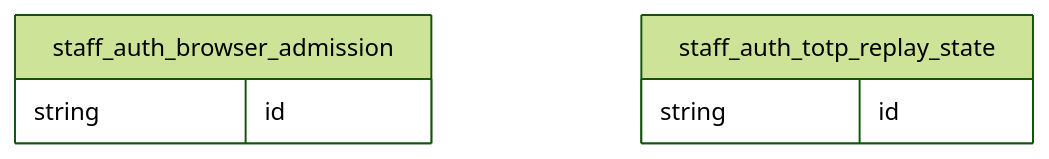
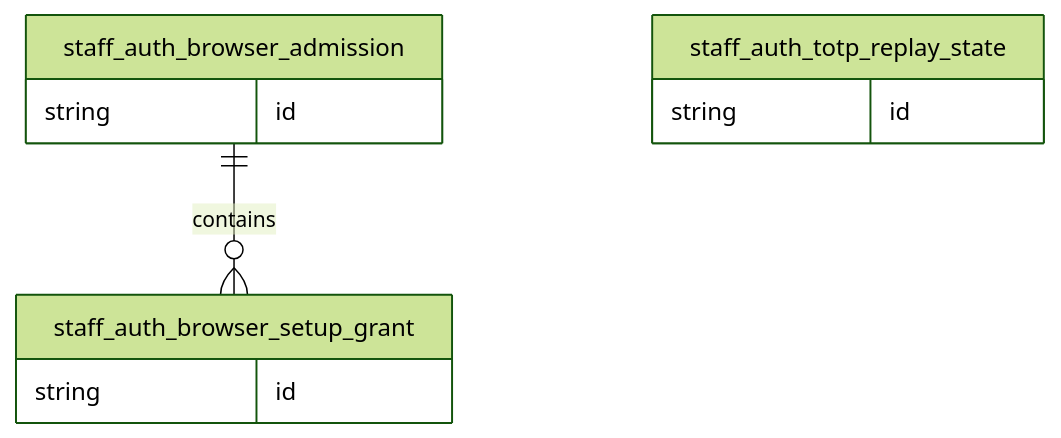
One commit to bedanavrvm/HB-Biogas-Telegram-Bot changed the diagram in docs/database/staff_auth.mmd. Above: the diagram before and after it, drawn with Mermaid (forest theme). The commit also changed 22 other files, not shown here.

```diff
--- a/docs/database/staff_auth.mmd
+++ b/docs/database/staff_auth.mmd
@@ -1,7 +1,11 @@
 erDiagram
   staff_auth_browser_admission {
+    string id
+  }
+  staff_auth_browser_setup_grant {
     string id
   }
   staff_auth_totp_replay_state {
     string id
   }
+  staff_auth_browser_admission ||--o{ staff_auth_browser_setup_grant : contains
```
